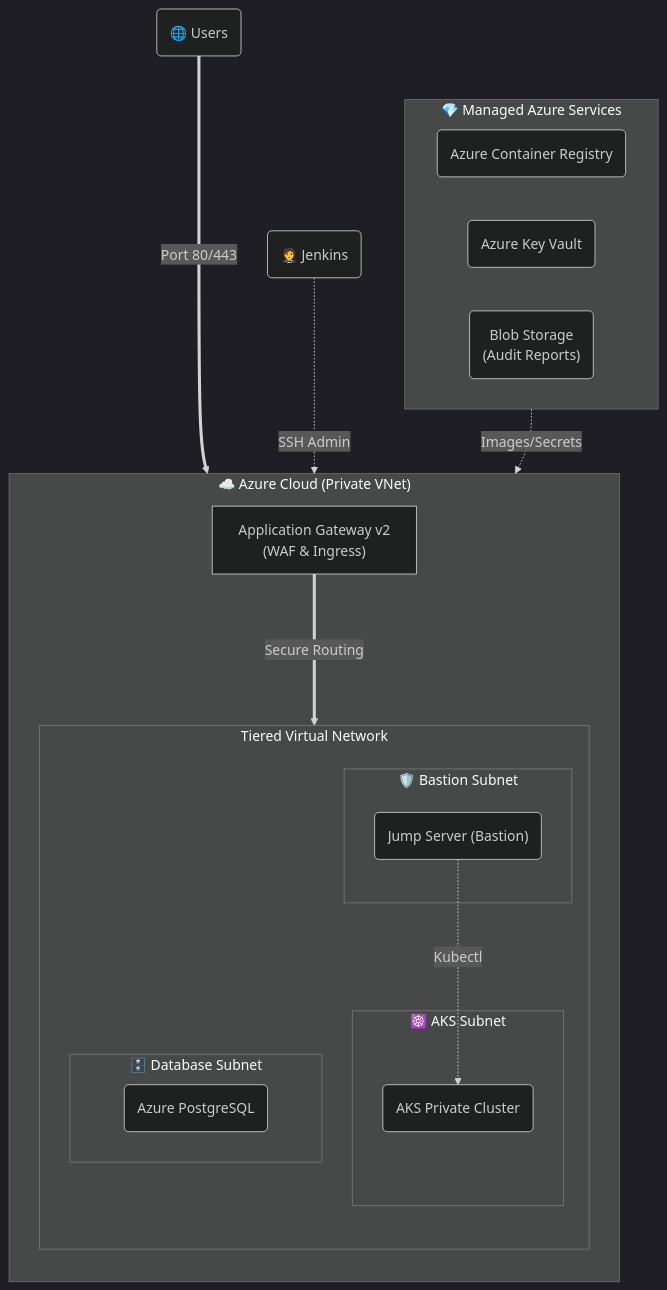
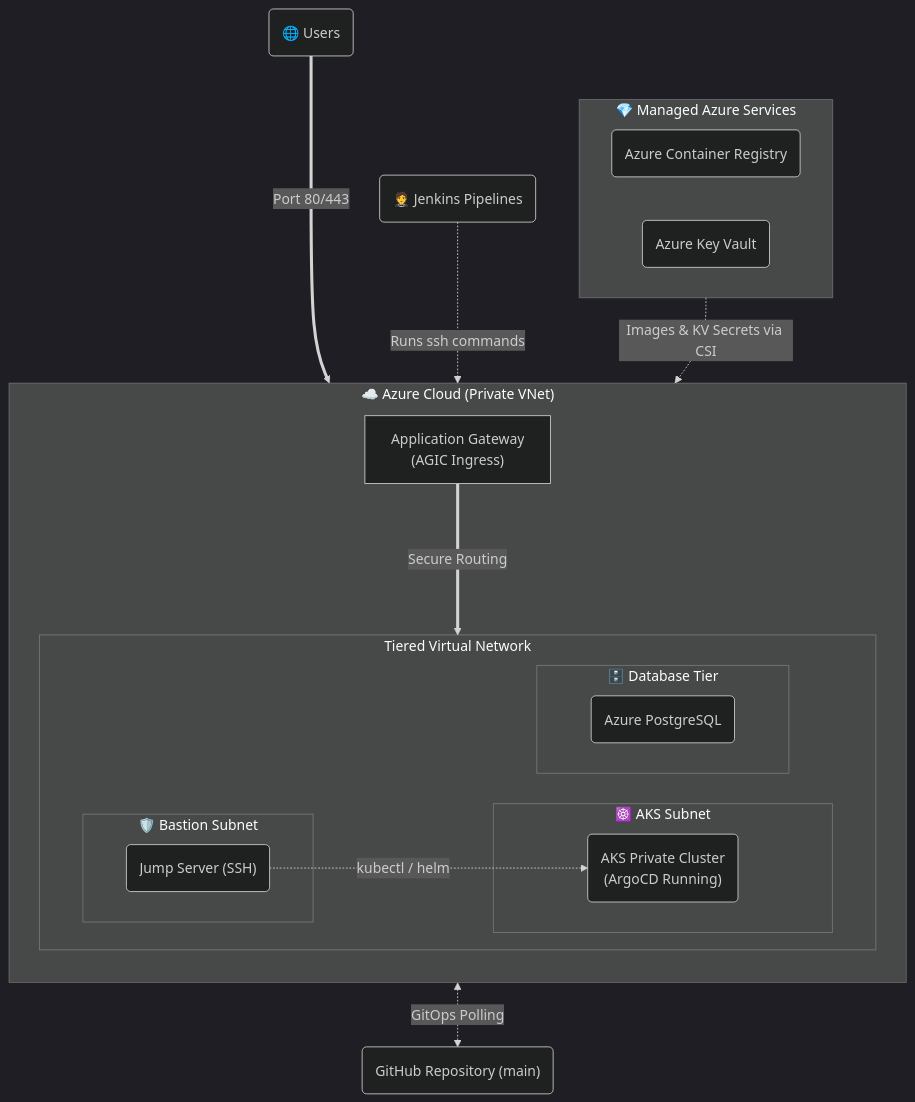
One commit to rajputganesh217/azure-aks-devsecops-platform changed the diagram in README.md. Above: the diagram before and after it, drawn with Mermaid (dark theme). The commit also changed other lines of this file, not shown here.

````diff
--- a/README.md
+++ b/README.md
@@ -26,35 +35,35 @@
 ```mermaid
 flowchart TD
     subgraph PaaS ["💎 Managed Azure Services"]
         direction LR
         ACR("Azure Container Registry")
         KV("Azure Key Vault")
-        Blob("Blob Storage\n(Audit Reports)")
     end
 
     subgraph Azure ["☁️ Azure Cloud (Private VNet)"]
         direction TB
-        AppGW["Application Gateway v2\n(WAF & Ingress)"]
+        AppGW["Application Gateway\n(AGIC Ingress)"]
         
         subgraph VNet ["Tiered Virtual Network"]
-            direction TB
+            direction LR
             subgraph AppSubnet ["☸️ AKS Subnet"]
-                AKS("AKS Private Cluster")
+                AKS("AKS Private Cluster\n(ArgoCD Running)")
             end
             
             subgraph JumpSubnet ["🛡️ Bastion Subnet"]
-                JumpServer("Jump Server (Bastion)")
+                JumpServer("Jump Server (SSH)")
             end
 
-            subgraph DBSubnet ["🗄️ Database Subnet"]
+            subgraph DBSubnet ["🗄️ Database Tier"]
                 DB("Azure PostgreSQL")
             end
         end
     end
 
     Users("🌐 Users") ===>|Port 80/443| AppGW
     AppGW ===>|Secure Routing| AKS
-    PaaS -.->|Images/Secrets| AKS
-    Jenkins("🤵 Jenkins") -.->|SSH Admin| JumpServer
-    JumpServer -.->|Kubectl| AKS
+    PaaS -.->|Images & KV Secrets via CSI| AKS
+    Jenkins("🤵 Jenkins Pipelines") -.->|Runs ssh commands| JumpServer
+    JumpServer -.->|kubectl / helm| AKS
+    AKS <.->|GitOps Polling| GitHub("GitHub Repository (main)")
 ```
````
